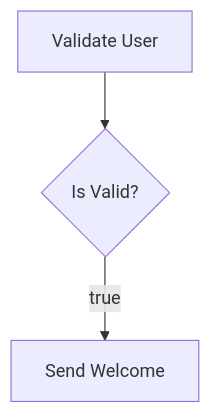
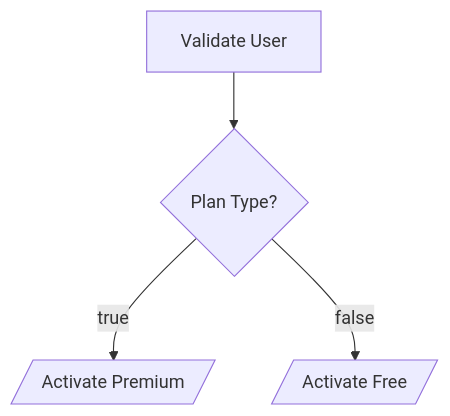
The diagram in README.md (parevo/flow), drawn with Mermaid before and after one commit. The commit also changed other lines of this file, not shown here.

Commit message:
docs: overhaul README with updated feature highlights, architecture diagrams, and comparison table

````diff
--- a/README.md
+++ b/README.md
@@ -35,9 +49,11 @@
 ```mermaid
 flowchart TD
     validate[Validate User]
-    check-status{Is Valid?}
-    welcome-email[Send Welcome]
+    decide-plan{Plan Type?}
+    activate-pro[/Activate Premium/]
+    activate-free[/Activate Free/]
     
-    validate --> check-status
-    check-status -- true --> welcome-email
+    validate --> decide-plan
+    decide-plan -- true --> activate-pro
+    decide-plan -- false --> activate-free
 ```
````
